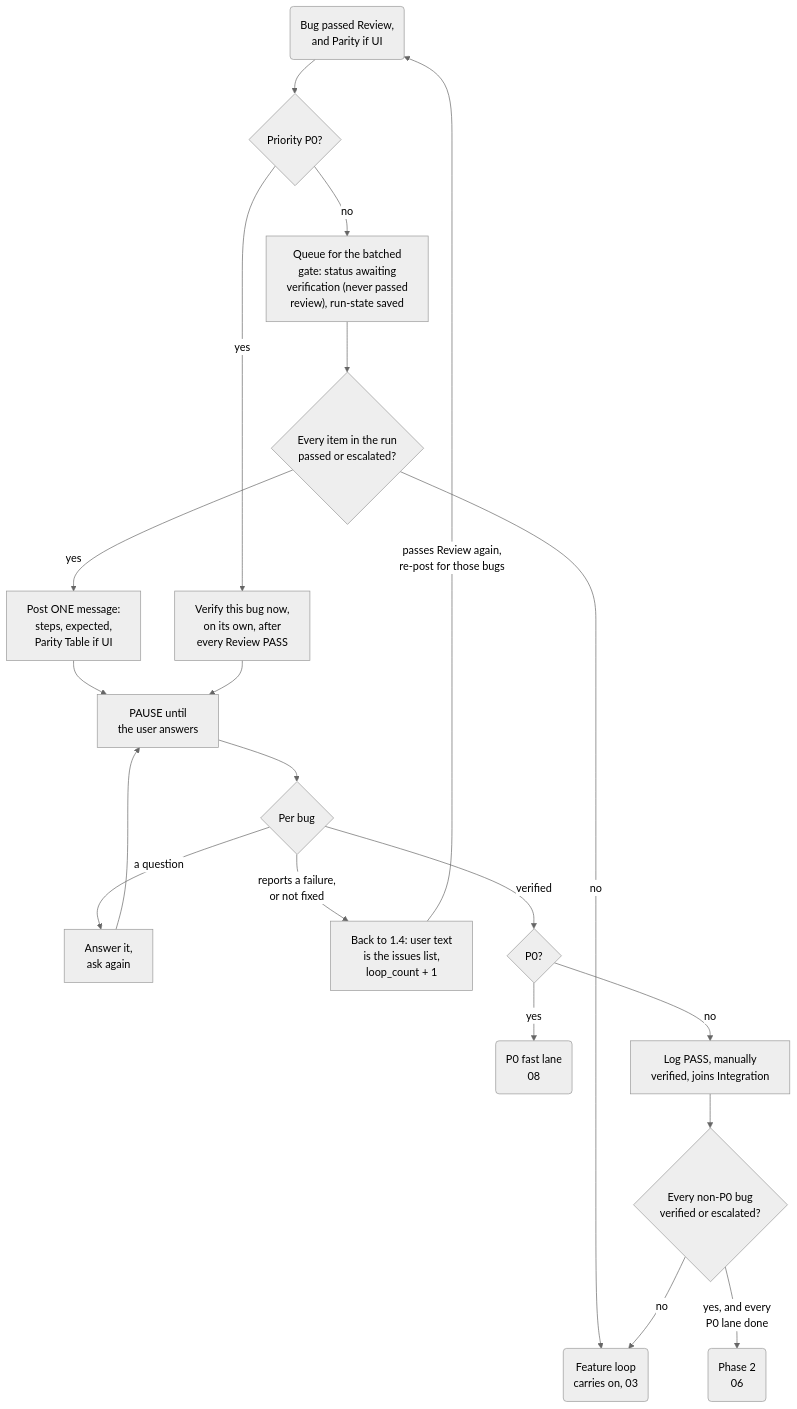
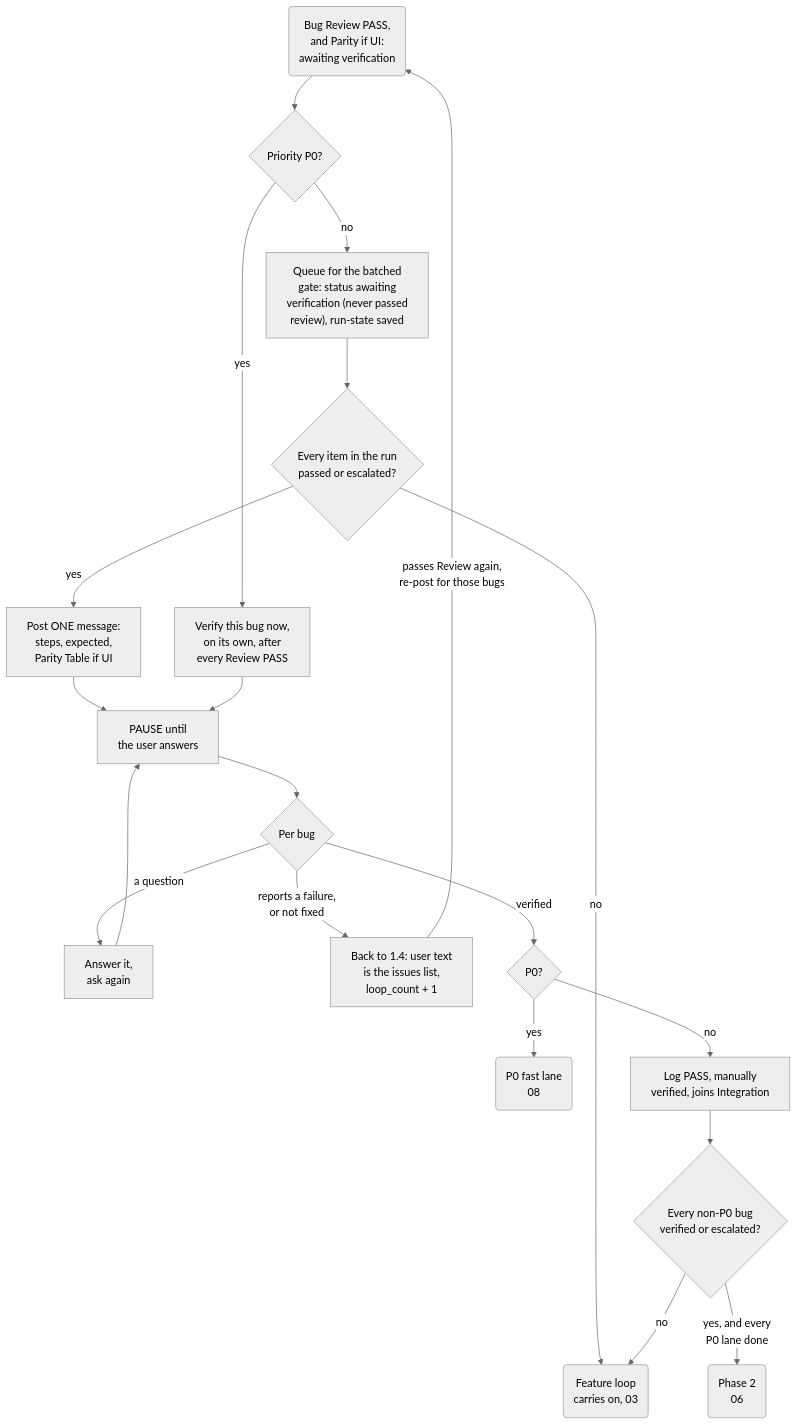
The second of 2 diagrams in skills/plugin-orchestrator-development-pattern/mermaid/05-manual-verification-and-bugs.md (muhammedalikhan86/claude-stash), drawn with Mermaid (neutral theme) before and after one commit. The commit also changed 26 other files, not shown here.

````diff
--- a/skills/plugin-orchestrator-development-pattern/mermaid/05-manual-verification-and-bugs.md
+++ b/skills/plugin-orchestrator-development-pattern/mermaid/05-manual-verification-and-bugs.md
@@ -34,22 +34,22 @@
 ```mermaid
 flowchart TD
-    S0("Bug passed Review,<br/>and Parity if UI") --> P0q{"Priority P0?"}
+    S0("Bug Review PASS,<br/>and Parity if UI:<br/>awaiting verification") --> P0q{"Priority P0?"}
     P0q -->|"yes"| Now["Verify this bug now,<br/>on its own, after<br/>every Review PASS"]
     P0q -->|"no"| Queue["Queue for the batched<br/>gate: status awaiting<br/>verification (never passed<br/>review), run-state saved"]
     Queue --> All{"Every item in the run<br/>passed or escalated?"}
     All -->|"no"| Wait("Feature loop<br/>carries on, 03")
     All -->|"yes"| Msg["Post ONE message:<br/>steps, expected,<br/>Parity Table if UI"]
     Msg --> Pause["PAUSE until<br/>the user answers"]
     Now --> Pause
     Pause --> Ans{"Per bug"}
     Ans -->|"a question"| Answer["Answer it,<br/>ask again"]
     Answer --> Pause
     Ans -->|"reports a failure,<br/>or not fixed"| Retry["Back to 1.4: user text<br/>is the issues list,<br/>loop_count + 1"]
     Retry -->|"passes Review again,<br/>re-post for those bugs"| S0
     Ans -->|"verified"| P0v{"P0?"}
     P0v -->|"yes"| Fast("P0 fast lane<br/>08")
     P0v -->|"no"| Join["Log PASS, manually<br/>verified, joins Integration"]
     Join --> Gate{"Every non-P0 bug<br/>verified or escalated?"}
     Gate -->|"no"| Wait
     Gate -->|"yes, and every<br/>P0 lane done"| P2("Phase 2<br/>06")
 ```
````
